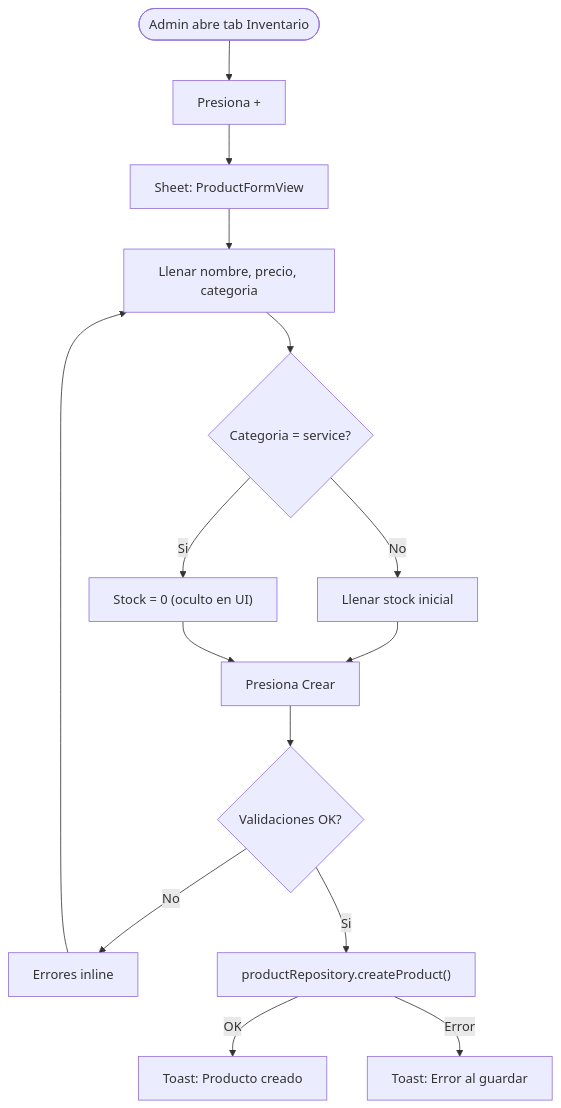
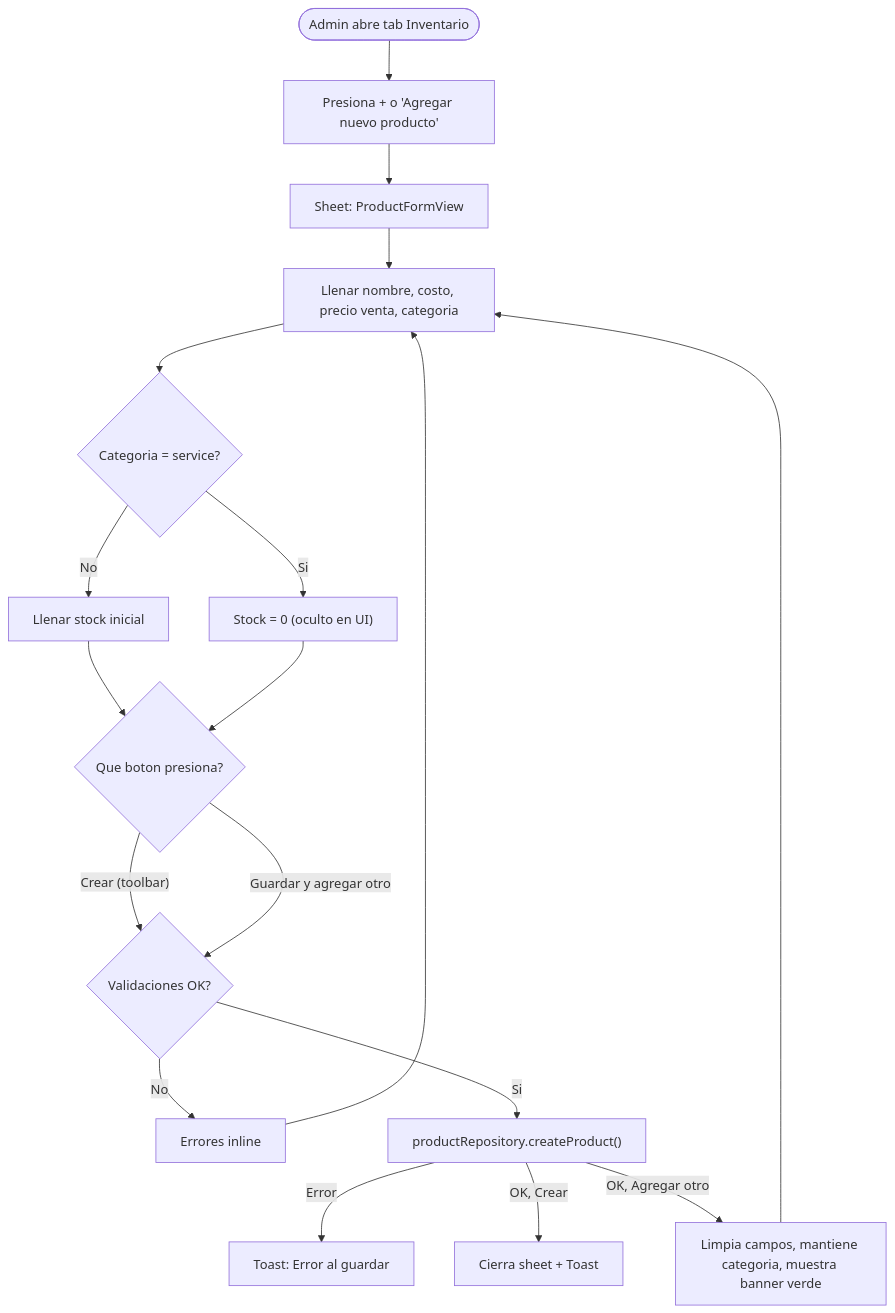
The first of 2 diagrams in knowledge/business-rules/09-inventory.md (fsaldivar-dev/sajarubox-mcp), drawn with Mermaid before and after one commit. The commit also changed other lines of this file and 3 other files, not shown here.

````diff
--- a/knowledge/business-rules/09-inventory.md
+++ b/knowledge/business-rules/09-inventory.md
@@ -38,17 +38,20 @@
 ```mermaid
 flowchart TD
-    Start([Admin abre tab Inventario]) --> PressAdd["Presiona +"]
+    Start([Admin abre tab Inventario]) --> PressAdd["Presiona + o 'Agregar nuevo producto'"]
     PressAdd --> ShowForm["Sheet: ProductFormView"]
-    ShowForm --> FillInfo["Llenar nombre, precio, categoria"]
+    ShowForm --> FillInfo["Llenar nombre, costo, precio venta, categoria"]
     FillInfo --> IsService{"Categoria = service?"}
     IsService -->|Si| SkipStock["Stock = 0 (oculto en UI)"]
     IsService -->|No| FillStock["Llenar stock inicial"]
-    FillStock --> ClickSave["Presiona Crear"]
-    SkipStock --> ClickSave
-    ClickSave --> Validate{"Validaciones OK?"}
-    Validate -->|No| ShowErrors["Errores inline"]
+    FillStock --> ChooseAction{"Que boton presiona?"}
+    SkipStock --> ChooseAction
+    ChooseAction -->|"Crear (toolbar)"| Validate
+    ChooseAction -->|"Guardar y agregar otro"| Validate
+    Validate{"Validaciones OK?"} -->|No| ShowErrors["Errores inline"]
     ShowErrors --> FillInfo
     Validate -->|Si| SaveFirestore["productRepository.createProduct()"]
-    SaveFirestore -->|OK| Success["Toast: Producto creado"]
     SaveFirestore -->|Error| ShowNetworkError["Toast: Error al guardar"]
+    SaveFirestore -->|OK, Crear| CloseSheet["Cierra sheet + Toast"]
+    SaveFirestore -->|OK, Agregar otro| ResetForm["Limpia campos, mantiene categoria, muestra banner verde"]
+    ResetForm --> FillInfo
 ```
````
